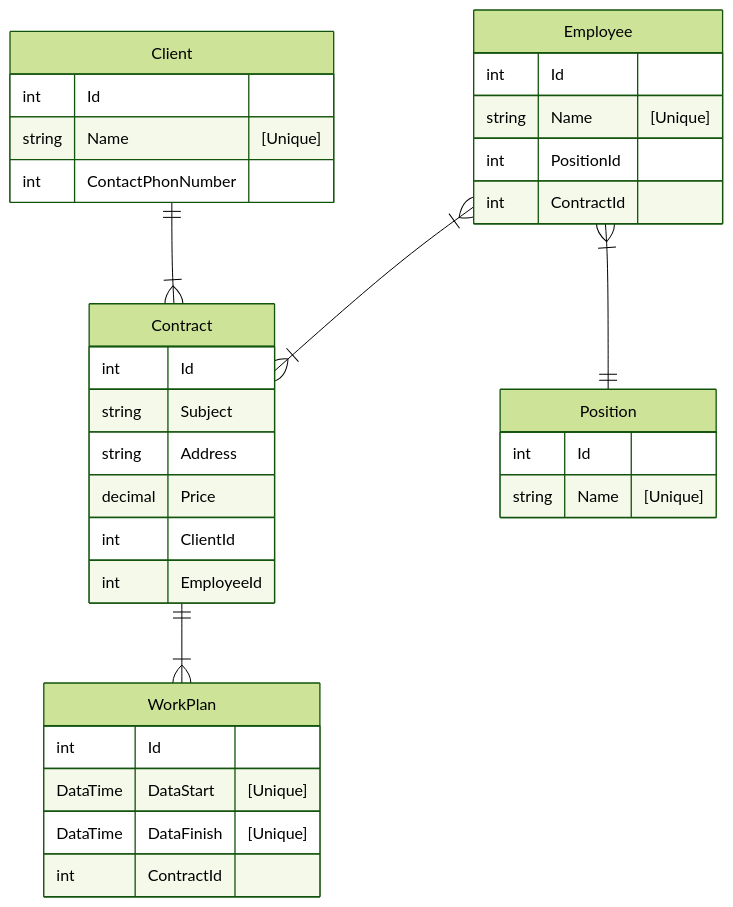
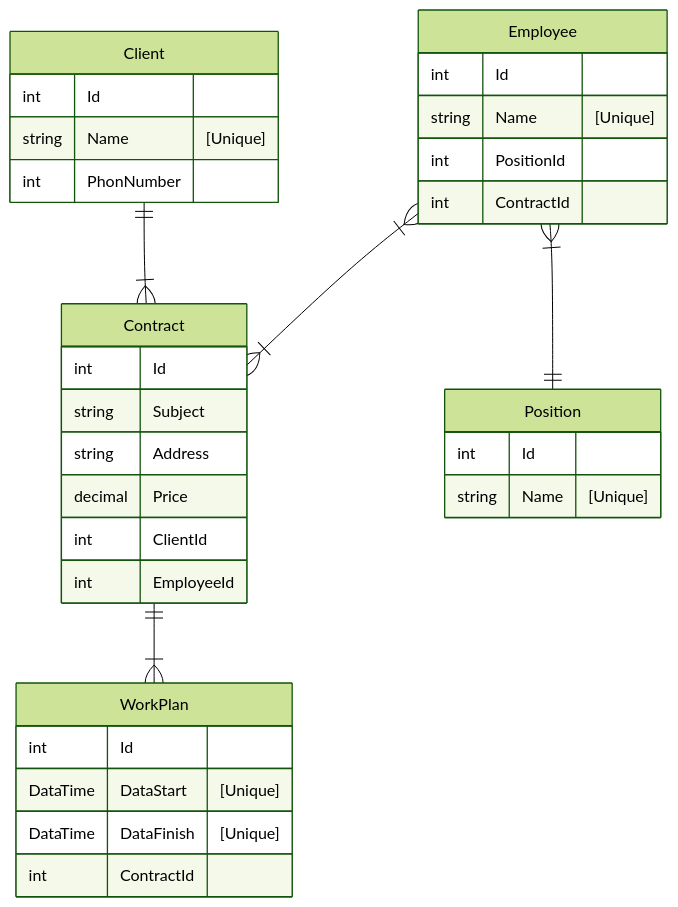
Before and after one commit to KondratenkoDV/CRM: the diagram in README.md, drawn with Mermaid (forest theme).

````diff
--- a/README.md
+++ b/README.md
@@ -1,41 +1,41 @@
 ```mermaid
 erDiagram
   Employee }|--|{ Contract : ""
   Client ||--|{ Contract : ""
   Contract ||--|{ WorkPlan : ""
   Employee }|--|| Position : ""
   
   Employee{
       int Id
       string Name "[Unique]"
       int PositionId
       int ContractId
   }
 
   Client{
       int Id
       string Name "[Unique]"
-      int ContactPhonNumber
+      int PhonNumber
   }
 
   Contract{
       int Id
       string Subject
       string Address
       decimal Price
       int ClientId
       int EmployeeId
   }
 
   WorkPlan{
       int Id
       DataTime DataStart "[Unique]"
       DataTime DataFinish "[Unique]"
       int ContractId
   }
   
   Position{
       int Id
       string Name "[Unique]"
   }
   ```
````
